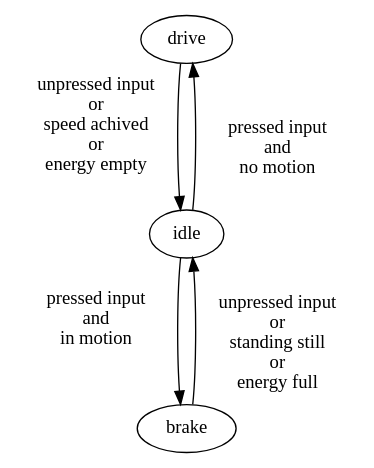
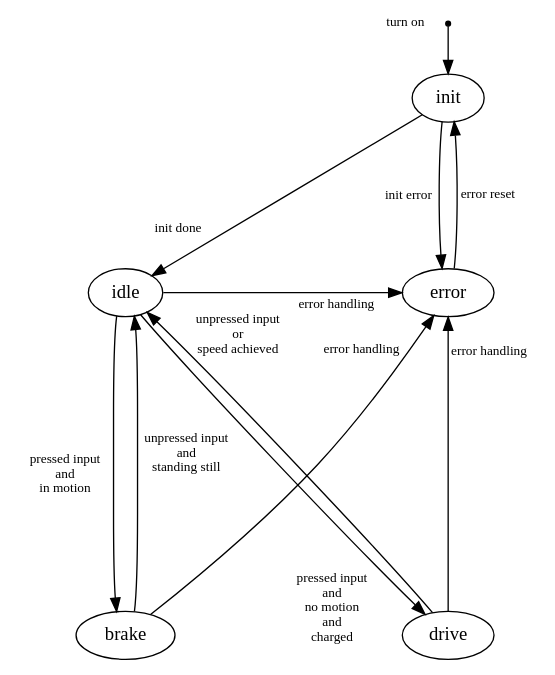
One commit to Solaire-42/kers changed the diagram in Software/state_diagram.dot. Above: the diagram before and after it, drawn with Graphviz. The commit also changed 1 other file, not shown here.

Commit message:
Update state diagram from Mr. Repetzki's input

```diff
--- a/Software/state_diagram.dot
+++ b/Software/state_diagram.dot
@@ -1,14 +1,57 @@
 digraph G {
-    drive -> idle [ minlen=3, 
-                    headlabel="unpressed input \n or \n speed achived \n or \n energy empty", 
-                    labeldistance=9 labelangle=40];
-    idle -> drive [ minlen=3, 
-                    headlabel="pressed input \n and \n no motion", 
-                    labeldistance=9, labelangle=40];
-    idle -> brake [ minlen=3, 
-                    headlabel="pressed input \n and \n in motion", 
-                    labeldistance=9, labelangle=40];
-    brake -> idle [ minlen=3, 
-                    headlabel="unpressed input \n or \n standing still \n or \n energy full", 
-                    labeldistance=9 labelangle=40];
+    edge [fontsize=10];
+    invisibleNode [shape=point, style=invisible];
+
+    invisibleNode -> init [ headlabel="turn on",
+                            labeldistance=5,
+                            labelangle=40]
+
+    {rank = same; idle error}
+
+    init -> idle [  headlabel="init done",
+                    labeldistance=4,
+                    labelangle=30]
+    init -> error [  headlabel="init error",
+                    minlen=3,
+                    labeldistance=6,
+                    labelangle=20]
+    error -> init [ headlabel="error reset",
+                    minlen=3,
+                    labeldistance=6,
+                    labelangle=20]
+    idle -> error [ headlabel="error handling",
+                    minlen=10,
+                    labeldistance=5,
+                    labelangle=10]
+    
+
+    {rank = same; brake drive}
+
+    idle -> brake [ headlabel="pressed input \n and \n in motion",
+                    minlen=6,
+                    labeldistance=11,
+                    labelangle=15]
+    brake -> idle [ headlabel="unpressed input \n and \n standing still",
+                    minlen=6,
+                    labeldistance=11,
+                    labelangle=15]
+
+    idle -> drive [ headlabel="pressed input \n and \n no motion \n and \n charged", 
+                    minlen=6,
+                    labeldistance=7,
+                    labelangle=40,
+                    constraint=false]
+    drive -> idle [ headlabel="unpressed input \n or \n speed achieved", 
+                    minlen=6,
+                    labeldistance=7,
+                    labelangle=30,
+                    constraint=false]
+
+    drive -> error [headlabel="error handling",
+                    labeldistance=4,
+                    labelangle=50]
+    brake -> error [headlabel="error handling",
+                    labeldistance=6,
+                    labelangle=-30
+                    constraint=false]
 }
```
